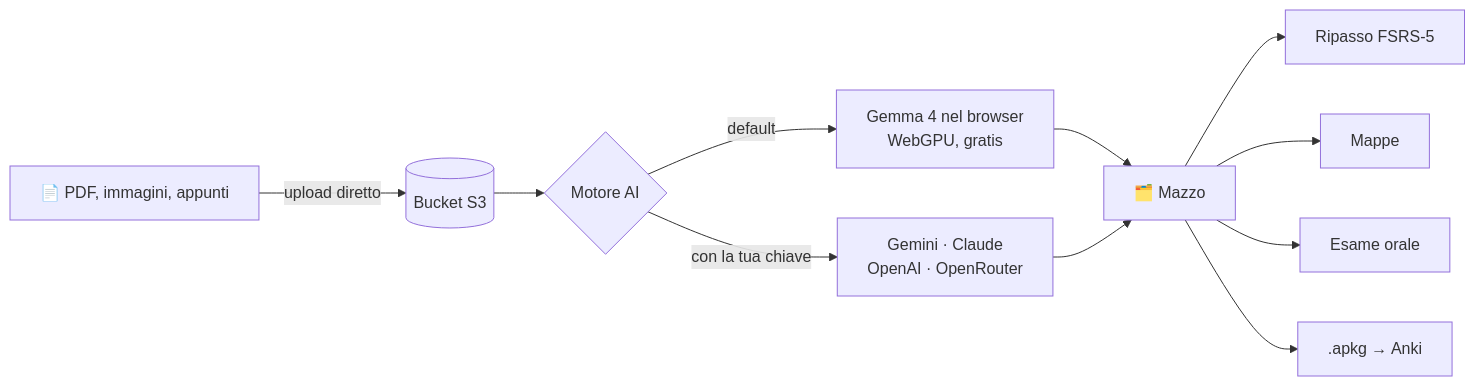
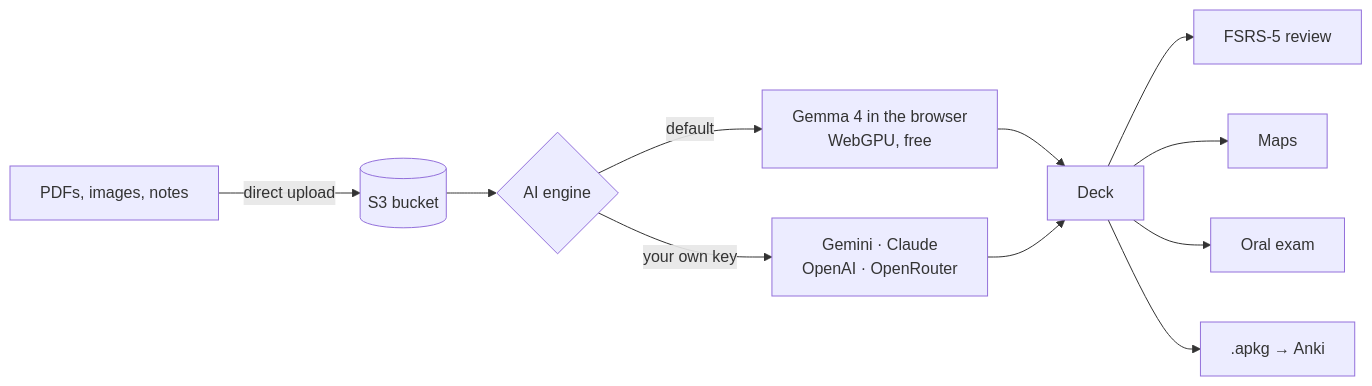
One commit to DuPont9029/ankix changed the diagram in README.md. Above: the diagram before and after it, drawn with Mermaid. The commit also changed other lines of this file and 1 other file, not shown here.

````diff
--- a/README.md
+++ b/README.md
@@ -77,13 +77,13 @@
 ```mermaid
 flowchart LR
-    A["📄 PDF, immagini, appunti"] -->|upload diretto| S3[("Bucket S3")]
-    S3 --> AI{"Motore AI"}
-    AI -->|default| L["Gemma 4 nel browser<br/>WebGPU, gratis"]
-    AI -->|con la tua chiave| C["Gemini · Claude<br/>OpenAI · OpenRouter"]
-    L --> D["🗂️ Mazzo"]
+    A["PDFs, images, notes"] -->|direct upload| S3[("S3 bucket")]
+    S3 --> AI{"AI engine"}
+    AI -->|default| L["Gemma 4 in the browser<br/>WebGPU, free"]
+    AI -->|your own key| C["Gemini · Claude<br/>OpenAI · OpenRouter"]
+    L --> D["Deck"]
     C --> D
-    D --> R["Ripasso FSRS-5"]
-    D --> M["Mappe"]
-    D --> E["Esame orale"]
+    D --> R["FSRS-5 review"]
+    D --> M["Maps"]
+    D --> E["Oral exam"]
     D --> X[".apkg → Anki"]
 ```
````
